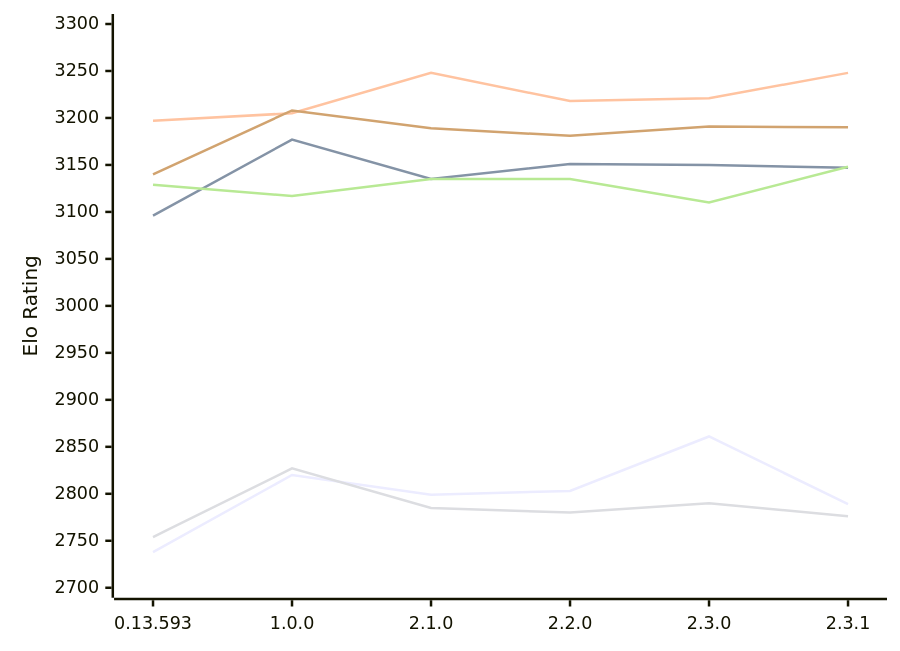
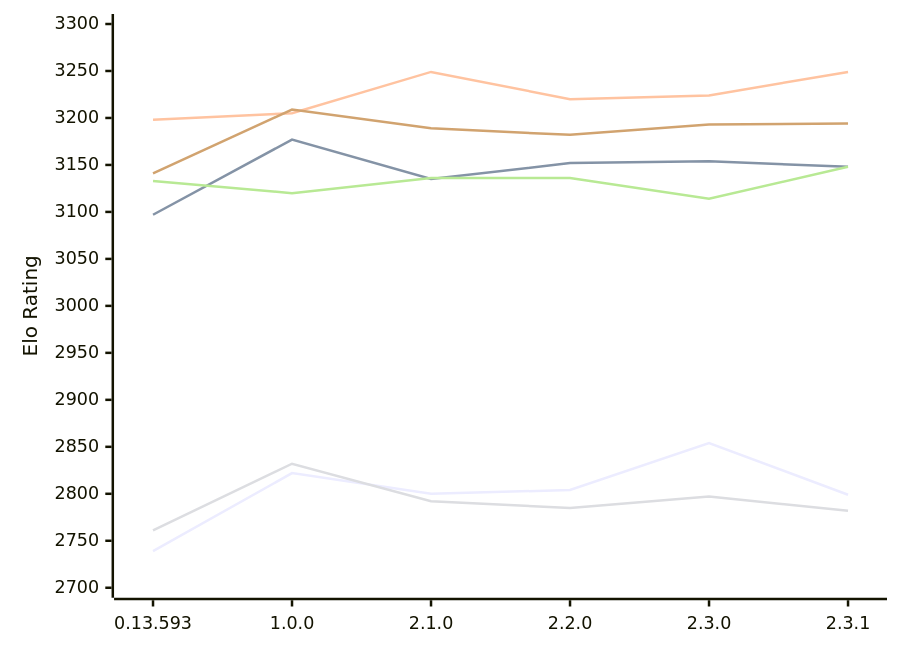
Before and after one commit to computer-chess-index/cci: the diagram in engines/Pawnstar.md, drawn with Mermaid. The commit also changed other lines of this file, not shown here.

Commit message:
Update CCI Ratings (ELO VLTC) - 2026-11-17

````diff
--- a/engines/Pawnstar.md
+++ b/engines/Pawnstar.md
@@ -57,12 +57,12 @@
 ```mermaid
 %%{init: {"theme":"base","themeVariables":{"seriesColors:['#a3a3a3','#222221','#faa371']}}}%%
 xychart-beta
   x-axis ["0.13.593", "1.0.0", "2.1.0", "2.2.0", "2.3.0", "2.3.1"]
   y-axis "Elo Rating" 2700 --> 3300
-  line "E1: STC (8.0+0.08s)" [2738, 2820, 2799, 2803, 2861, 2789]
-  line "E1: LTC (60.0+0.60s)" [3096, 3177, 3135, 3151, 3150, 3147]
-  line "E1: VLTC (2m24s+1.12s)" [3197, 3205, 3248, 3218, 3221, 3248]
-  line "P1: STC (8.0+0.08s)" [2754, 2827, 2785, 2780, 2790, 2776]
-  line "P1: LTC (60.0+0.60s)" [3129, 3117, 3135, 3135, 3110, 3148]
-  line "P1: VLTC (2m24s+1.12s)" [3140, 3208, 3189, 3181, 3191, 3190]
+  line "E1: STC (8.0+0.08s)" [2739, 2822, 2800, 2804, 2854, 2799]
+  line "E1: LTC (60.0+0.60s)" [3097, 3177, 3135, 3152, 3154, 3148]
+  line "E1: VLTC (2m24s+1.12s)" [3198, 3205, 3249, 3220, 3224, 3249]
+  line "P1: STC (8.0+0.08s)" [2761, 2832, 2792, 2785, 2797, 2782]
+  line "P1: LTC (60.0+0.60s)" [3133, 3120, 3136, 3136, 3114, 3148]
+  line "P1: VLTC (2m24s+1.12s)" [3141, 3209, 3189, 3182, 3193, 3194]
 ```
````
